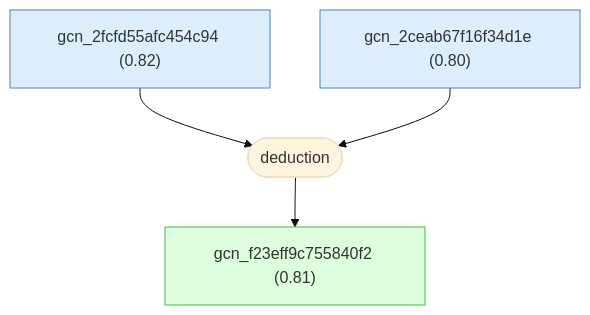
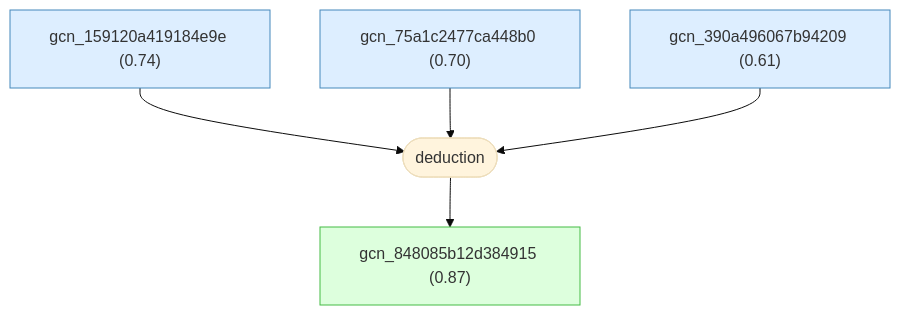
The fifth of 10 diagrams in docs/detailed-reasoning.md (Callo42/tbg-magic-angle-gaia), drawn with Mermaid (base theme) before and after one commit. The commit also changed other lines of this file and 50 other files, not shown here.

First line of the commit message:
Regenerate TBG graph from connected root

````diff
--- a/docs/detailed-reasoning.md
+++ b/docs/detailed-reasoning.md
@@ -743,20 +481,22 @@
 ```mermaid
 graph TD
-    gcn_2fcfd55afc454c94["gcn_2fcfd55afc454c94 (0.82)"]:::premise
-    gcn_2ceab67f16f34d1e["gcn_2ceab67f16f34d1e (0.80)"]:::premise
-    gcn_f23eff9c755840f2["gcn_f23eff9c755840f2 (0.81)"]:::derived
-    strat_8(["deduction"])
-    gcn_2fcfd55afc454c94 --> strat_8
-    gcn_2ceab67f16f34d1e --> strat_8
-    strat_8 --> gcn_f23eff9c755840f2
+    gcn_159120a419184e9e["gcn_159120a419184e9e (0.74)"]:::premise
+    gcn_75a1c2477ca448b0["gcn_75a1c2477ca448b0 (0.70)"]:::premise
+    gcn_390a496067b94209["gcn_390a496067b94209 (0.61)"]:::premise
+    gcn_848085b12d384915["gcn_848085b12d384915 (0.87)"]:::derived
+    strat_4(["deduction"])
+    gcn_159120a419184e9e --> strat_4
+    gcn_75a1c2477ca448b0 --> strat_4
+    gcn_390a496067b94209 --> strat_4
+    strat_4 --> gcn_848085b12d384915
 
     classDef setting fill:#f0f0f0,stroke:#999,color:#333
     classDef premise fill:#ddeeff,stroke:#4488bb,color:#333
     classDef derived fill:#ddffdd,stroke:#44bb44,color:#333
     classDef question fill:#fff3dd,stroke:#cc9944,color:#333
     classDef background fill:#f5f5f5,stroke:#bbb,stroke-dasharray: 5 5,color:#333
     classDef orphan fill:#fff,stroke:#ccc,stroke-dasharray: 5 5,color:#333
     classDef external fill:#fff,stroke:#aaa,stroke-dasharray: 3 3,color:#333
     classDef weak fill:#fff9c4,stroke:#f9a825,stroke-dasharray: 5 5,color:#333
     classDef contra fill:#ffebee,stroke:#c62828,color:#333
 ```
````
